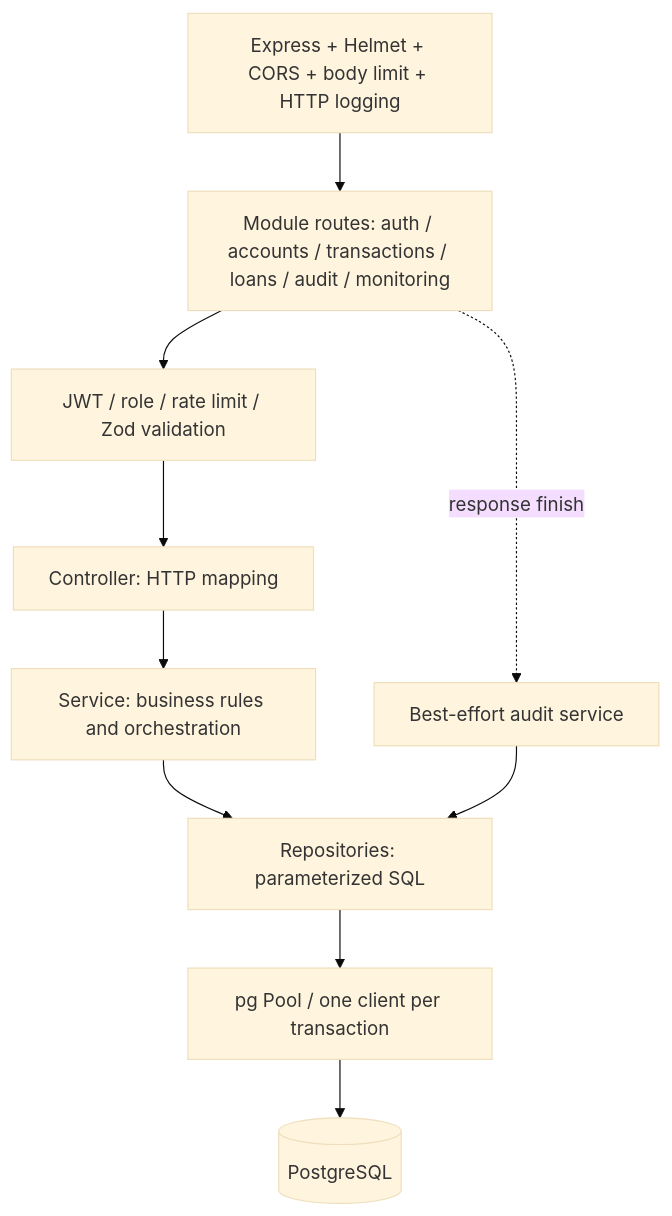
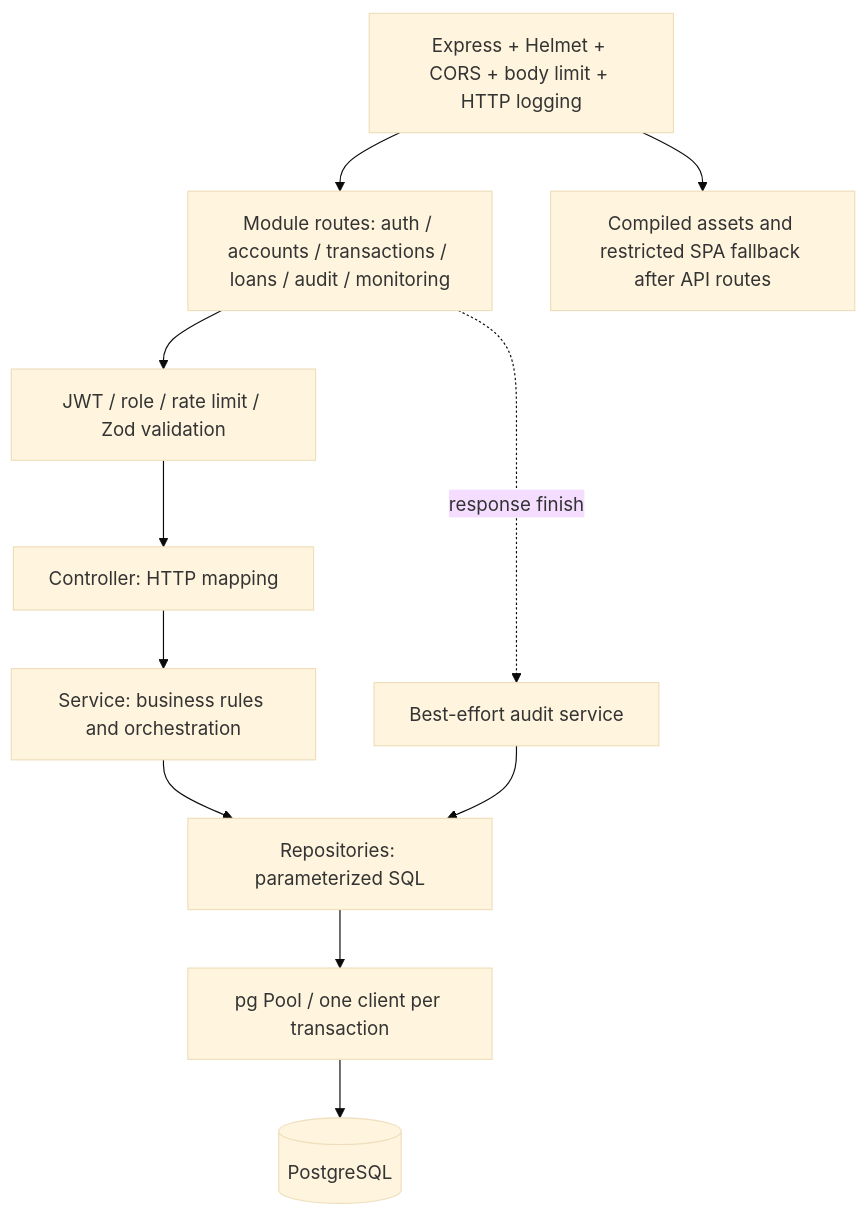
One commit to Blazene/mini-bank changed the second of 4 diagrams in docs/architecture.md. Above: the diagram before and after it, drawn with Mermaid (base theme). The commit also changed other lines of this file and 54 other files, not shown here.

````diff
--- a/docs/architecture.md
+++ b/docs/architecture.md
@@ -36,13 +46,14 @@
 ```mermaid
 flowchart TD
   HTTP[Express + Helmet + CORS + body limit + HTTP logging]
   HTTP --> Routes[Module routes: auth / accounts / transactions / loans / audit / monitoring]
+  HTTP --> Static[Compiled assets and restricted SPA fallback after API routes]
   Routes --> Guards[JWT / role / rate limit / Zod validation]
   Guards --> Controller[Controller: HTTP mapping]
   Controller --> Service[Service: business rules and orchestration]
   Service --> Repository[Repositories: parameterized SQL]
   Repository --> Pool[pg Pool / one client per transaction]
   Pool --> Postgres[(PostgreSQL)]
   Routes -. response finish .-> Audit[Best-effort audit service]
   Audit --> Repository
 ```
````
